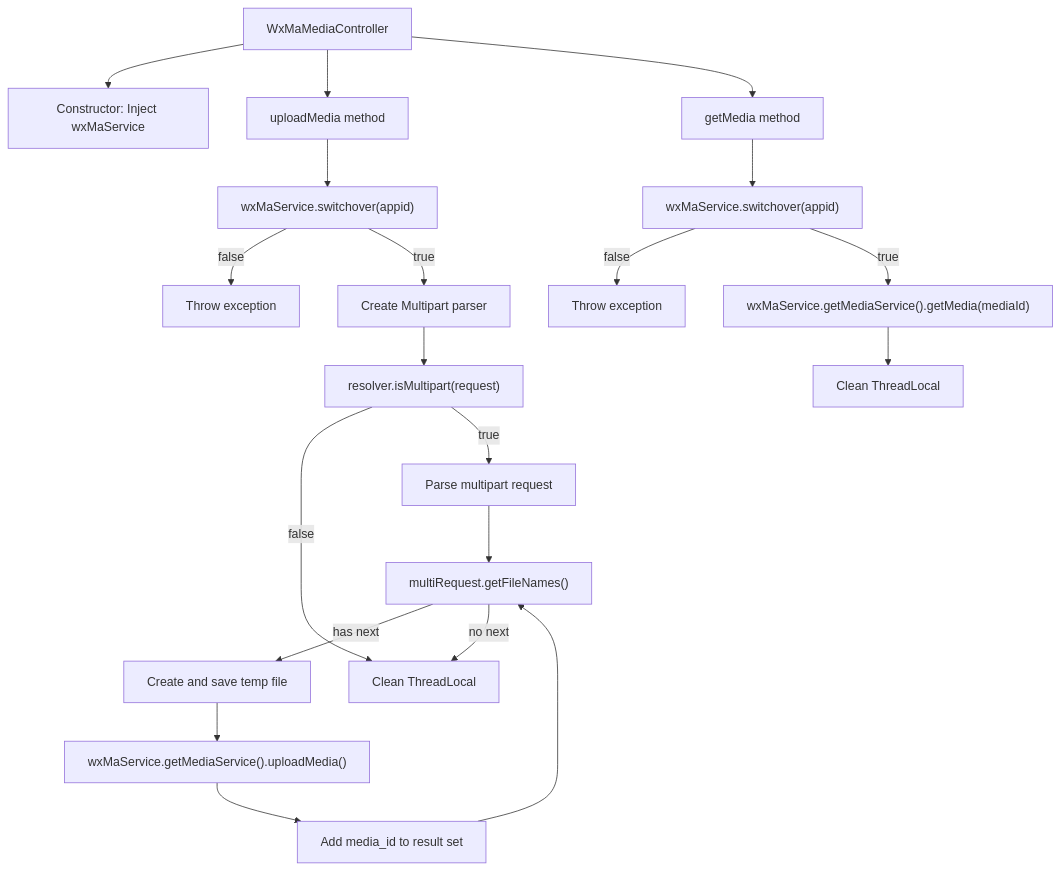
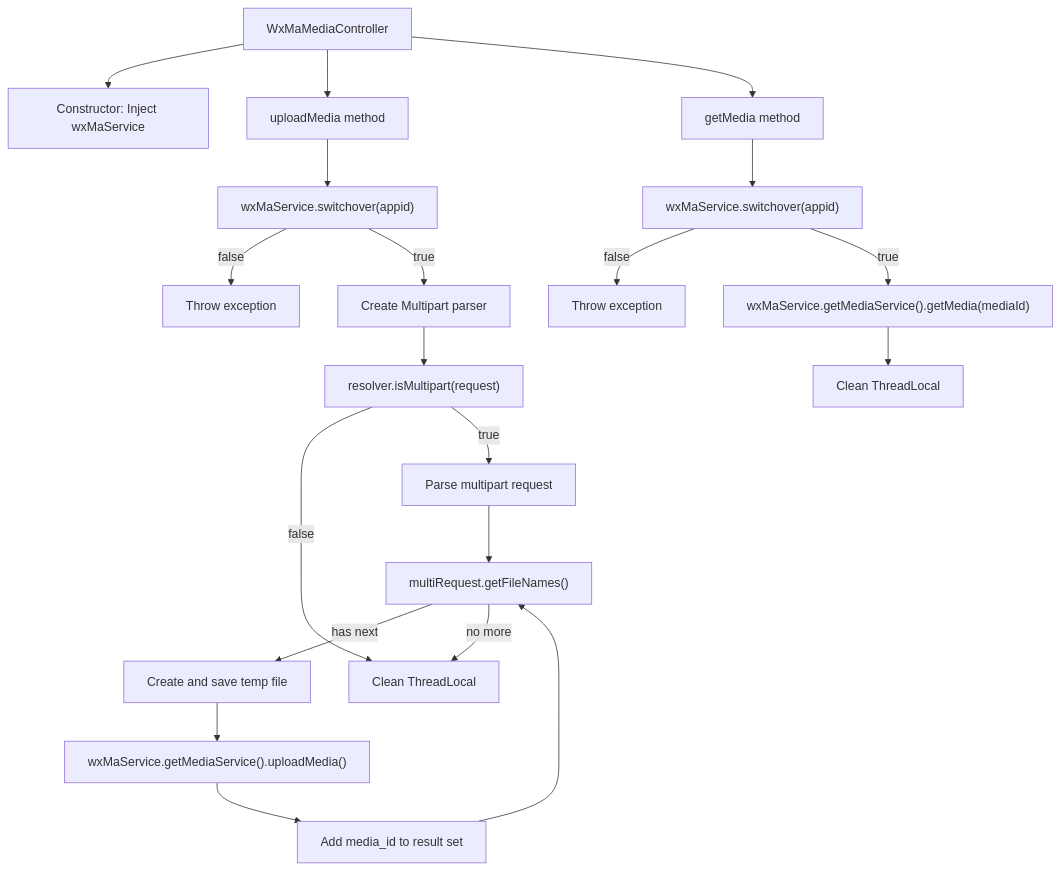
Before and after one commit to v-wjrong/imrrong_weixin-java-miniapp-demo: the second of 3 diagrams in docs/en/docs/src/main/java/com/github/binarywang/demo/wx/miniapp/controller/WxMaMediaController.md, drawn with Mermaid. The commit also changed other lines of this file and 37 other files, not shown here.

````diff
--- a/docs/en/docs/src/main/java/com/github/binarywang/demo/wx/miniapp/controller/WxMaMediaController.md
+++ b/docs/en/docs/src/main/java/com/github/binarywang/demo/wx/miniapp/controller/WxMaMediaController.md
@@ -96,39 +96,39 @@
 ```mermaid
 graph TD
     A["WxMaMediaController"]
     B["Constructor: Inject wxMaService"]
     C["uploadMedia method"]
     D["Validate appid"]
     E["Create Multipart parser"]
     F["Check request type"]
     G["Parse multipart request"]
     H["Iterate uploaded files"]
     I["Save temporary file"]
     J["Upload to WeChat server"]
     K["Collect media_id"]
     L["Clean ThreadLocal"]
     M["getMedia method"]
     N["Validate appid"]
     O["Download media file"]
     P["Clean ThreadLocal"]
 
     A --> B
     A --> C
     A --> M
     C --> D["wxMaService.switchover(appid)"]
     D -->|false| D1["Throw exception"]
     D -->|true| E
     E --> F["resolver.isMultipart(request)"]
     F -->|false| L
     F -->|true| G
     G --> H["multiRequest.getFileNames()"]
     H -->|has next| I["Create and save temp file"]
     I --> J["wxMaService.getMediaService().uploadMedia()"]
     J --> K["Add media_id to result set"]
     K --> H
-    H -->|no next| L
+    H -->|no more| L
     M --> N["wxMaService.switchover(appid)"]
     N -->|false| N1["Throw exception"]
     N -->|true| O["wxMaService.getMediaService().getMedia(mediaId)"]
     O --> P
 ```
````
